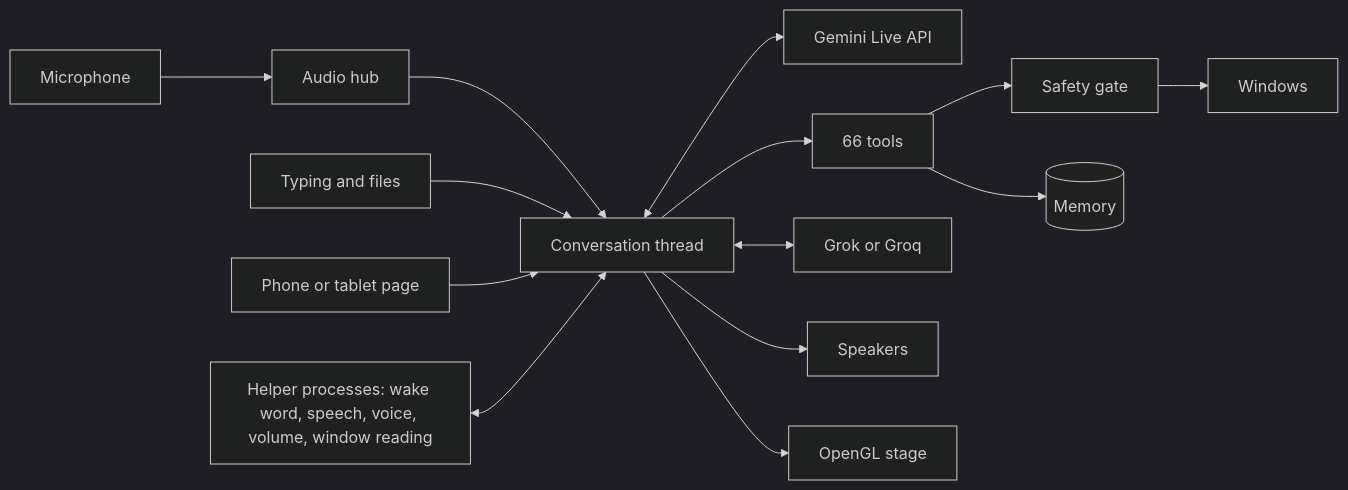
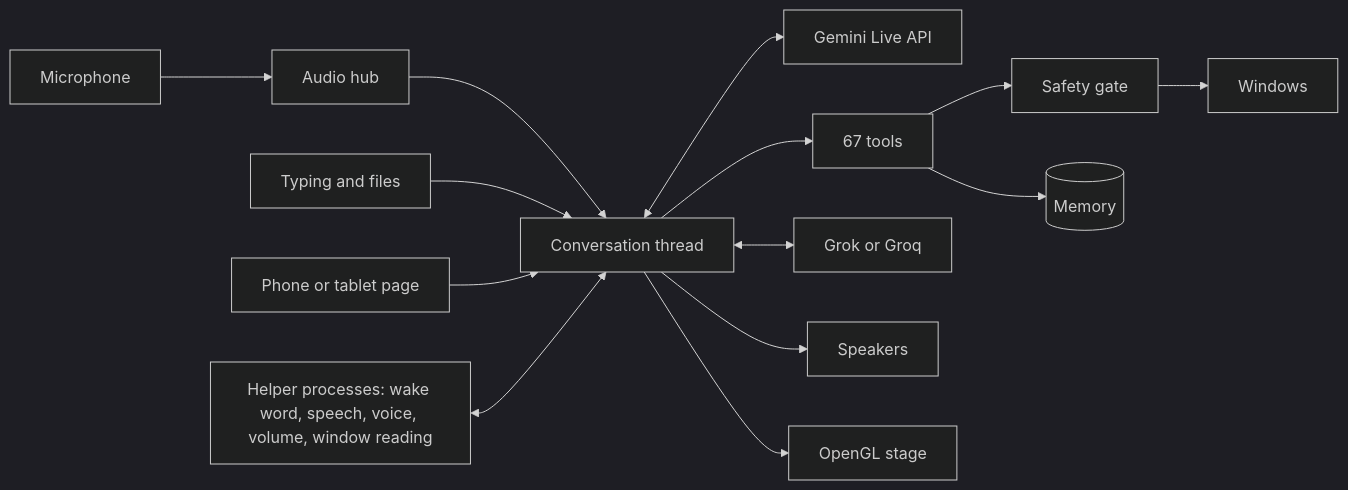
The second of 2 diagrams in README.md (SAMIJAVED217/ALPHA), drawn with Mermaid (dark theme) before and after one commit. The commit also changed other lines of this file and 17 other files, not shown here.

````diff
--- a/README.md
+++ b/README.md
@@ -174,16 +185,16 @@
 ```mermaid
 flowchart LR
     Mic[Microphone] --> Hub[Audio hub]
     Hub --> Talk[Conversation thread]
     Keys[Typing and files] --> Talk
     Talk <--> Gemini[Gemini Live API]
-    Talk --> Tools[66 tools]
+    Talk --> Tools[67 tools]
     Talk <--> Second[Grok or Groq]
     Phone[Phone or tablet page] --> Talk
     Tools --> Gate[Safety gate]
     Gate --> PC[Windows]
     Tools --> Memory[(Memory)]
     Talk --> Speaker[Speakers]
     Talk --> Stage[OpenGL stage]
     Helpers[Helper processes: wake word, speech, voice, volume, window reading] <--> Talk
 ```
````
